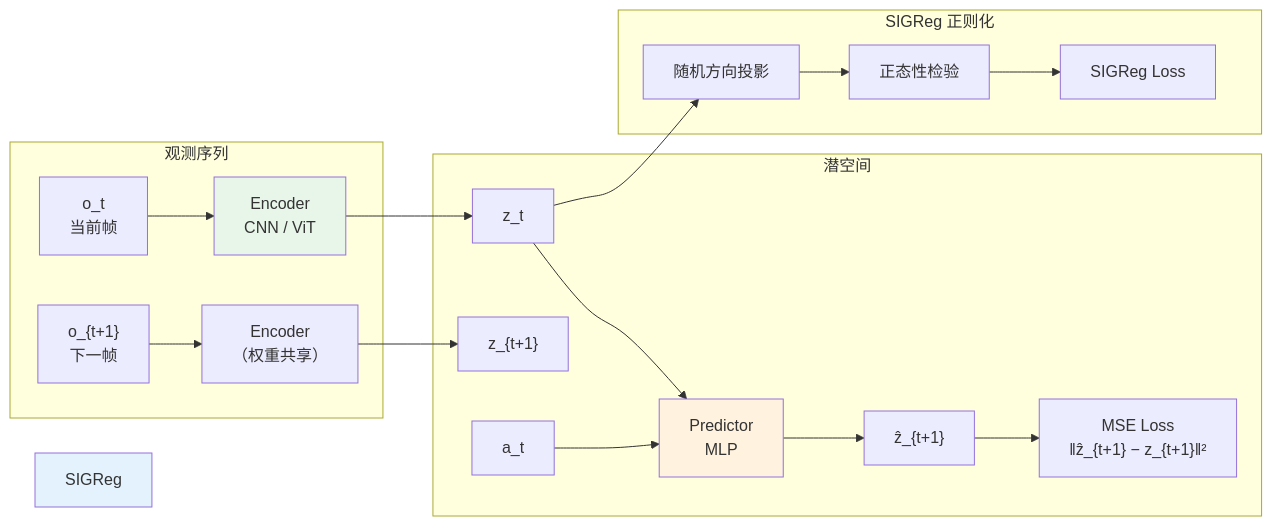
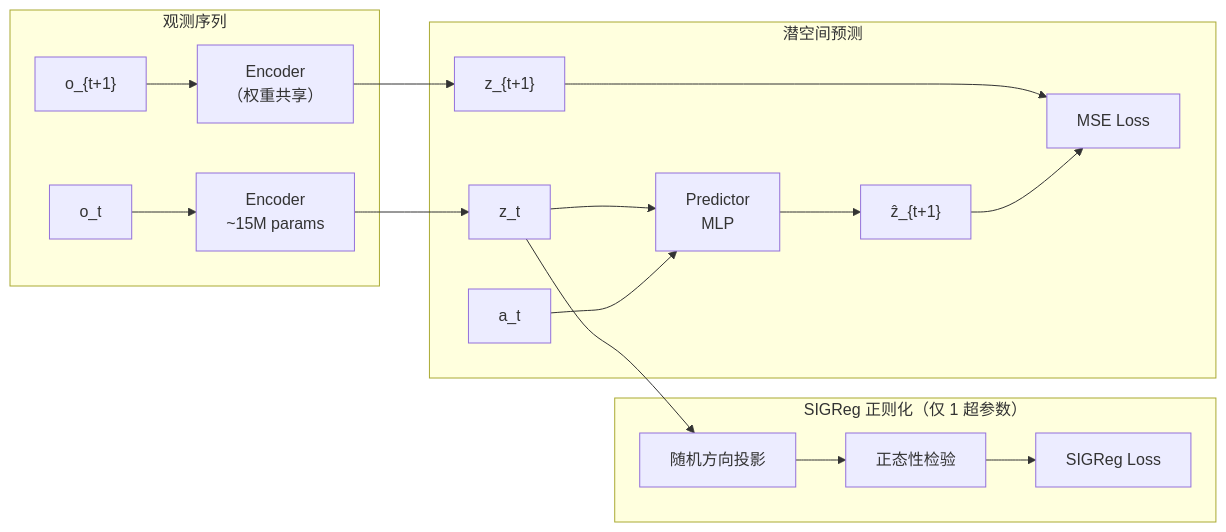
Before and after one commit to liuwwei3/liuwwei3.github.io: the ninth of 10 diagrams in blogs/world-models-survey.md, drawn with Mermaid. The commit also changed other lines of this file, not shown here.

````diff
--- a/blogs/world-models-survey.md
+++ b/blogs/world-models-survey.md
@@ -1471,24 +1404,19 @@
 ```mermaid
 graph LR
     subgraph Input["观测序列"]
-        O["o_t<br/>当前帧"] --> Enc["Encoder<br/>CNN / ViT"]
-        O_next["o_{t+1}<br/>下一帧"] --> Enc_next["Encoder<br/>（权重共享）"]
+        O["o_t"] --> Enc["Encoder<br/>~15M params"]
+        O_next["o_{t+1}"] --> Enc_next["Encoder<br/>（权重共享）"]
     end
-    
-    subgraph Latent["潜空间"]
+    subgraph Latent["潜空间预测"]
         Enc --> Zt["z_t"]
         Enc_next --> Zt1["z_{t+1}"]
         Zt --> Pred["Predictor<br/>MLP"]
         Act["a_t"] --> Pred
         Pred --> Zt1_hat["ẑ_{t+1}"]
-        Zt1_hat --> MSE["MSE Loss<br/>‖ẑ_{t+1} − z_{t+1}‖²"]
+        Zt1 --> MSE["MSE Loss"]
+        Zt1_hat --> MSE
     end
-    
-    subgraph Regularization["SIGReg 正则化"]
-        Zt --> Proj["随机方向投影"] --> Norm["正态性检验"] --> Loss2["SIGReg Loss"]
+    subgraph Reg["SIGReg 正则化（仅 1 超参数）"]
+        Zt --> Proj["随机方向投影"] --> Norm["正态性检验"] --> SIGRegLoss["SIGReg Loss"]
     end
-    
-    style Enc fill:#e8f5e9
-    style Pred fill:#fff3e0
-    style SIGReg fill:#e3f2fd
 ```
````
